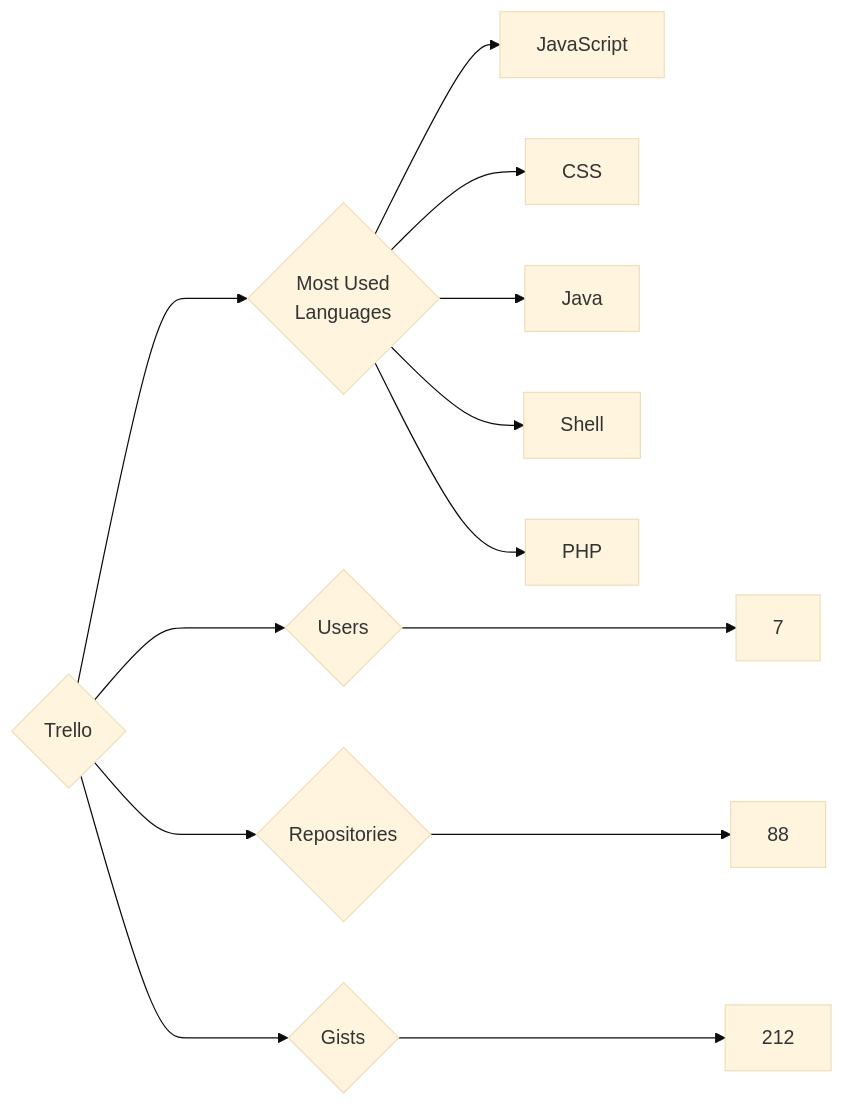
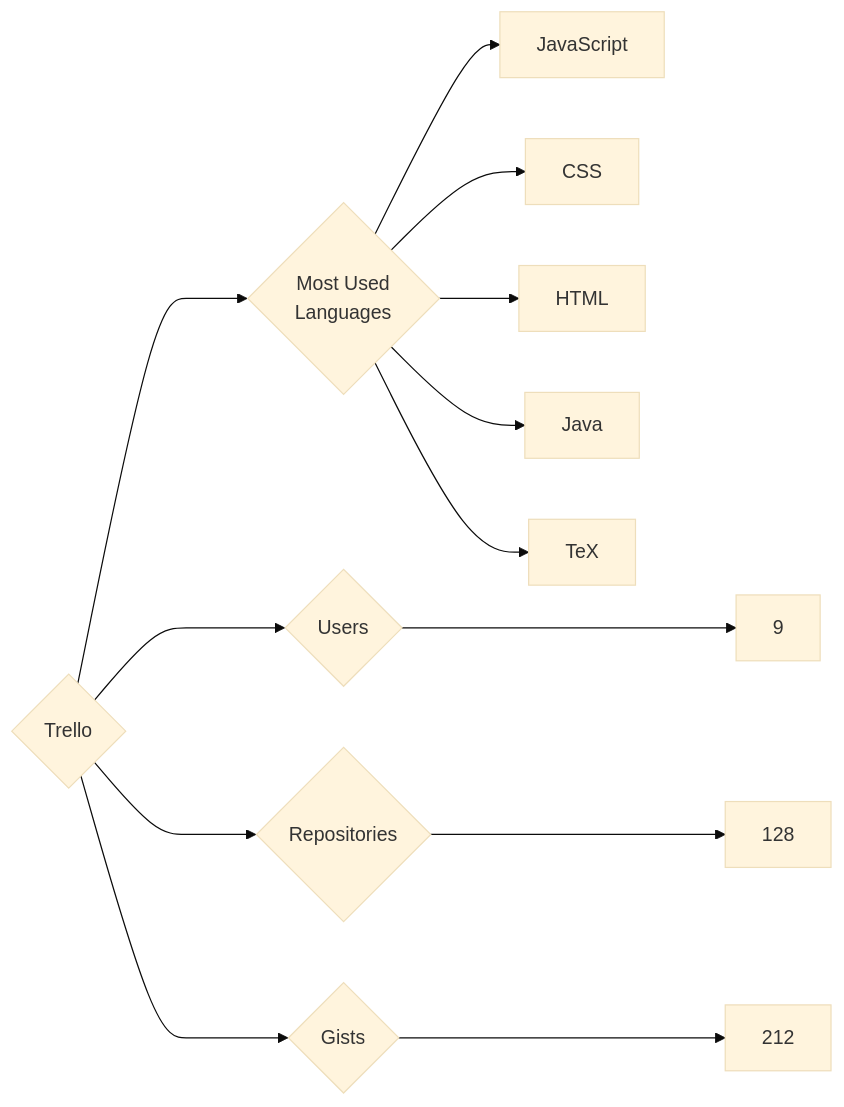
One commit to trickest/insiders changed the diagram in targets/Trello/README.md. Above: the diagram before and after it, drawn with Mermaid (base theme). The commit also changed 1389 other files, not shown here.

````diff
--- a/targets/Trello/README.md
+++ b/targets/Trello/README.md
@@ -3,13 +3,13 @@
 ```mermaid
 graph LR
 COMPANY_NAME{Trello}
-COMPANY_NAME ---> U{Users} ---> UN[7]
-COMPANY_NAME ---> R{Repositories} ---> RN[88]
+COMPANY_NAME ---> U{Users} ---> UN[9]
+COMPANY_NAME ---> R{Repositories} ---> RN[128]
 COMPANY_NAME ---> G{Gists} ---> GN[212]
 COMPANY_NAME ---> ML{Most Used<br>Languages}
 ML --> JavaScript[JavaScript]
 ML --> CSS[CSS]
+ML --> HTML[HTML]
 ML --> Java[Java]
-ML --> Shell[Shell]
-ML --> PHP[PHP]
+ML --> TeX[TeX]
 ```
````
